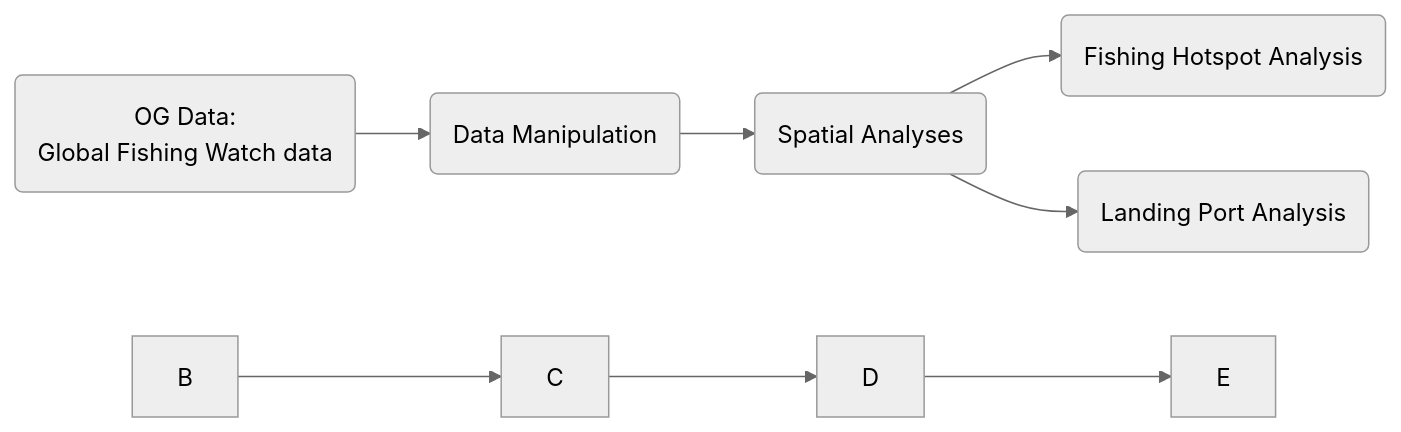
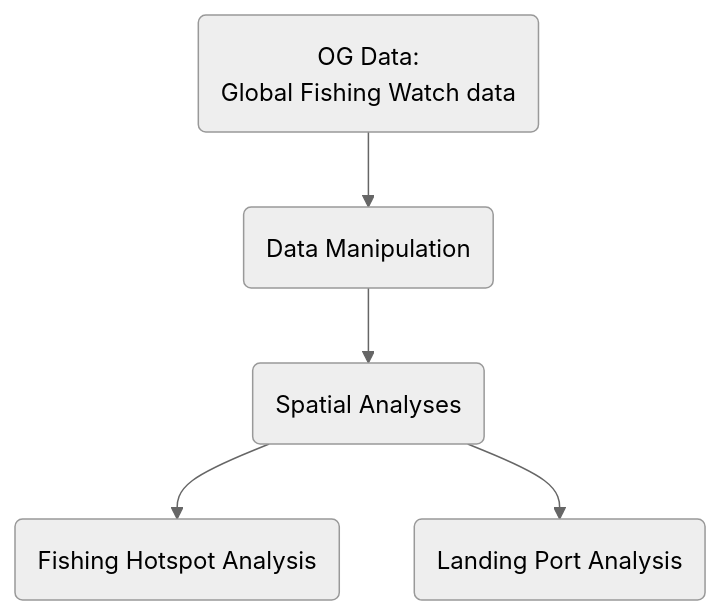
One commit to cake-oh/supply-chain changed the diagram in mermaid_trial.md. Above: the diagram before and after it, drawn with Mermaid (neutral theme).

````diff
--- a/mermaid_trial.md
+++ b/mermaid_trial.md
@@ -4,13 +4,11 @@
 ``` mermaid
-flowchart LR 
+flowchart TD
 
 id1(OG Data: \nGlobal Fishing Watch data) --> id2(Data Manipulation)
 id2(Data Manipulation) --> id3(Spatial Analyses)
 id3(Spatial Analyses) --> id4(Fishing Hotspot Analysis)
 id3(Spatial Analyses) --> id5(Landing Port Analysis)
-    B-->C
-    C-->D
-    D-->E
+
 
 
 ```
````
